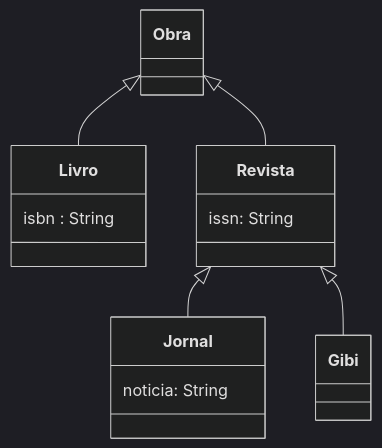
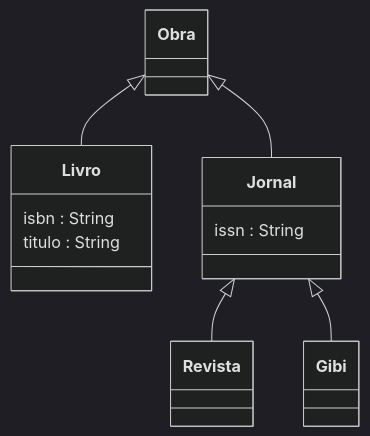
One commit to sfvini/POO changed the third of 5 diagrams in aula_13/README.md. Above: the diagram before and after it, drawn with Mermaid (dark theme). The commit also changed other lines of this file and 2 other files, not shown here.

Commit message:
ajuste de UML

````diff
--- a/aula_13/README.md
+++ b/aula_13/README.md
@@ -29,27 +77,31 @@
 ```mermaid
 classDiagram
 
     Obra <|-- Livro
-    Obra <|-- Revista
-    Revista <|-- Jornal
-    Revista <|-- Gibi
-    
-    class Obra { 
-        
+    Obra <|-- Jornal
+
+
+    Jornal <|-- Revista
+    Jornal <|-- Gibi
+
+    class Obra {
+
     }
-    
+
     class Livro {
         isbn : String
+        titulo : String
     }
-    
+
     class Revista {
-        issn: String
+        
     }
 
     class Jornal {
-        noticia: String
+        issn : String
     }
-    
+
     class Gibi {
+
     }
 ```
````
